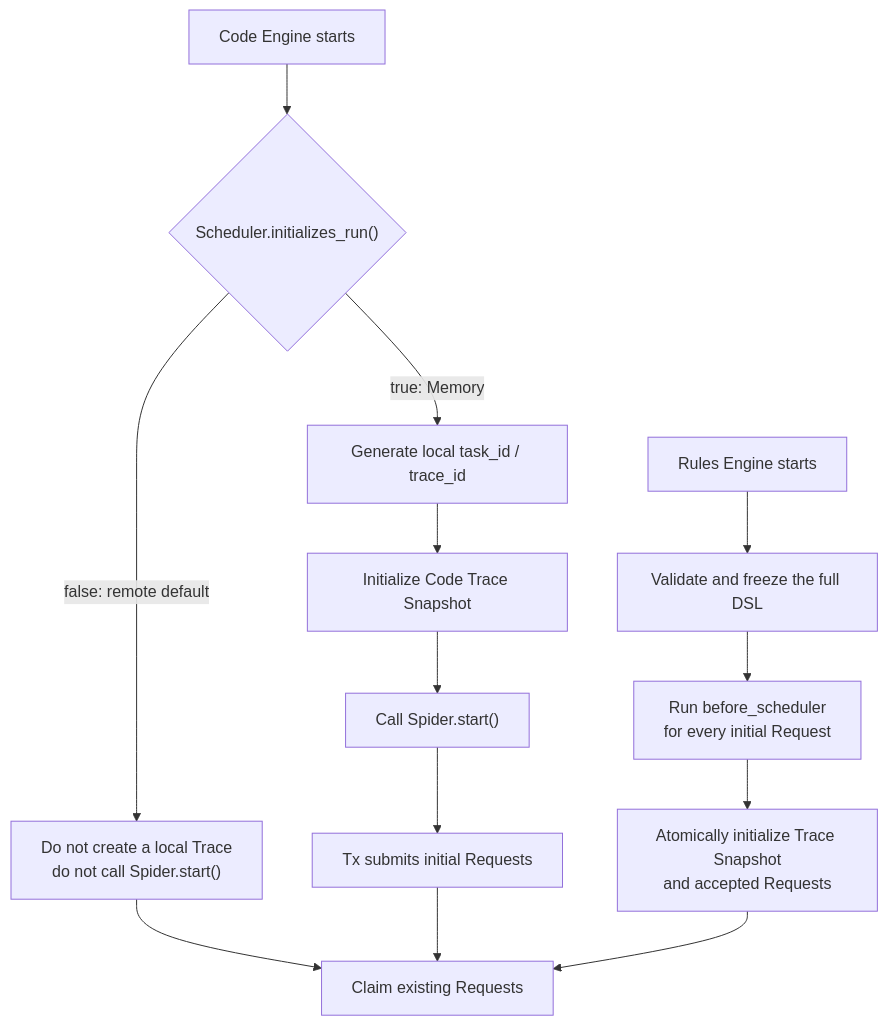
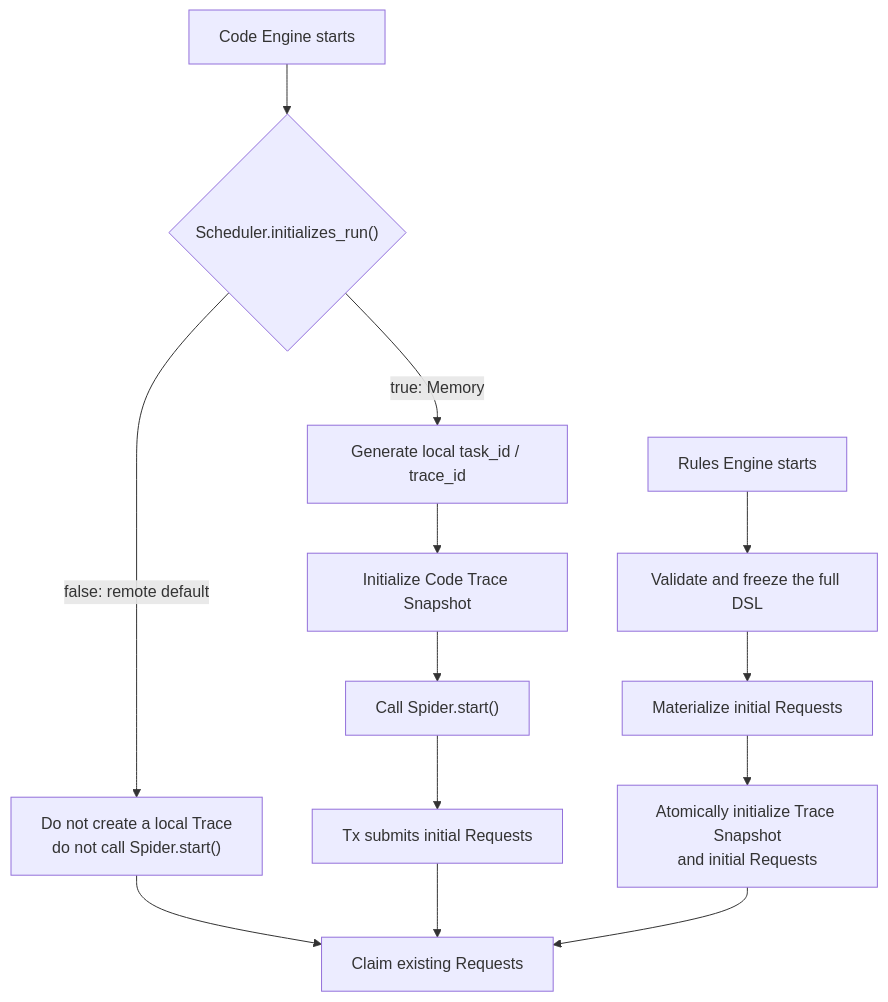
Before and after one commit to halo-space/crawler: the third of 5 diagrams in docs/architecture.md, drawn with Mermaid. The commit also changed other lines of this file and 30 other files, not shown here.

````diff
--- a/docs/architecture.md
+++ b/docs/architecture.md
@@ -156,16 +156,16 @@
 ```mermaid
 flowchart TB
     A["Code Engine starts"] --> B{"Scheduler.initializes_run()"}
     B -- "true: Memory" --> C["Generate local task_id / trace_id"]
     C --> D["Initialize Code Trace Snapshot"]
     D --> E["Call Spider.start()"]
     E --> F["Tx submits initial Requests"]
     B -- "false: remote default" --> G["Do not create a local Trace<br/>do not call Spider.start()"]
     G --> H["Claim existing Requests"]
     F --> H
 
     I["Rules Engine starts"] --> J["Validate and freeze the full DSL"]
-    J --> L["Run before_scheduler<br/>for every initial Request"]
-    L --> K["Atomically initialize Trace Snapshot<br/>and accepted Requests"]
+    J --> L["Materialize initial Requests"]
+    L --> K["Atomically initialize Trace Snapshot<br/>and initial Requests"]
     K --> H
 ```
````
